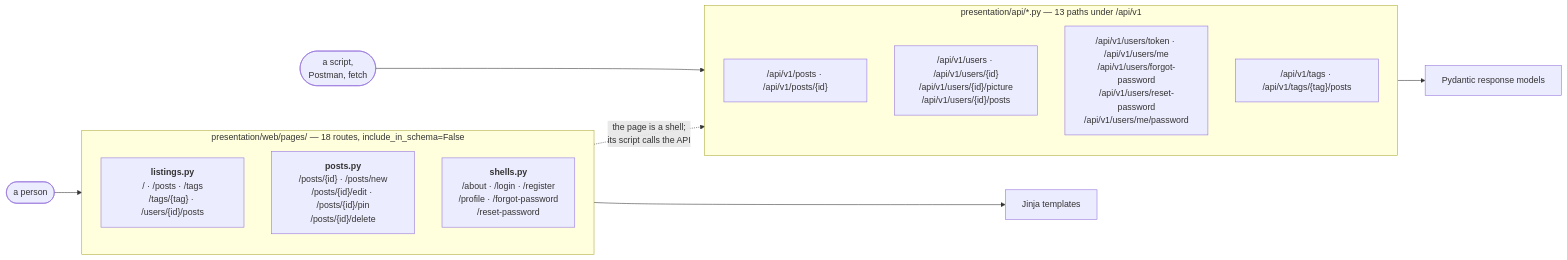
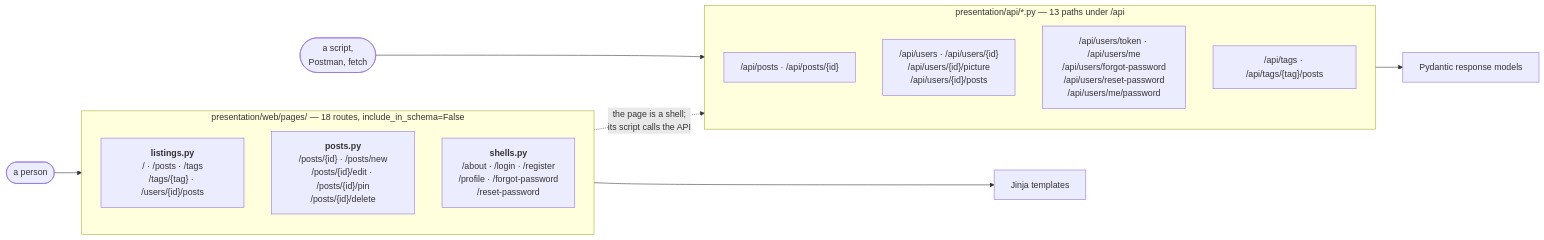
The second of 4 diagrams in docs/architecture.md (OstapchukIryna/fastapi-blog), drawn with Mermaid before and after one commit. The commit also changed other lines of this file and 98 other files, not shown here.

````diff
--- a/docs/architecture.md
+++ b/docs/architecture.md
@@ -181,23 +181,23 @@
 ```mermaid
 graph LR
     person([a person]) --> pages_r
     script([a script,<br/>Postman, fetch]) --> api_r
 
     subgraph pages_r["presentation/web/pages/ — 18 routes, include_in_schema=False"]
         direction TB
         p1["<b>listings.py</b><br/>/ · /posts · /tags<br/>/tags/{tag} · /users/{id}/posts"]
         p2["<b>posts.py</b><br/>/posts/{id} · /posts/new<br/>/posts/{id}/edit · /posts/{id}/pin<br/>/posts/{id}/delete"]
         p3["<b>shells.py</b><br/>/about · /login · /register<br/>/profile · /forgot-password<br/>/reset-password"]
     end
 
-    subgraph api_r["presentation/api/*.py — 13 paths under /api/v1"]
-        a1["/api/v1/posts · /api/v1/posts/{id}"]
-        a2["/api/v1/users · /api/v1/users/{id}<br/>/api/v1/users/{id}/picture<br/>/api/v1/users/{id}/posts"]
-        a3["/api/v1/users/token · /api/v1/users/me<br/>/api/v1/users/forgot-password<br/>/api/v1/users/reset-password<br/>/api/v1/users/me/password"]
-        a4["/api/v1/tags · /api/v1/tags/{tag}/posts"]
+    subgraph api_r["presentation/api/*.py — 13 paths under /api"]
+        a1["/api/posts · /api/posts/{id}"]
+        a2["/api/users · /api/users/{id}<br/>/api/users/{id}/picture<br/>/api/users/{id}/posts"]
+        a3["/api/users/token · /api/users/me<br/>/api/users/forgot-password<br/>/api/users/reset-password<br/>/api/users/me/password"]
+        a4["/api/tags · /api/tags/{tag}/posts"]
     end
 
     pages_r --> jinja[Jinja templates]
     api_r --> pyd[Pydantic response models]
     p3 -. "the page is a shell;<br/>its script calls the API" .-> api_r
 ```
````
